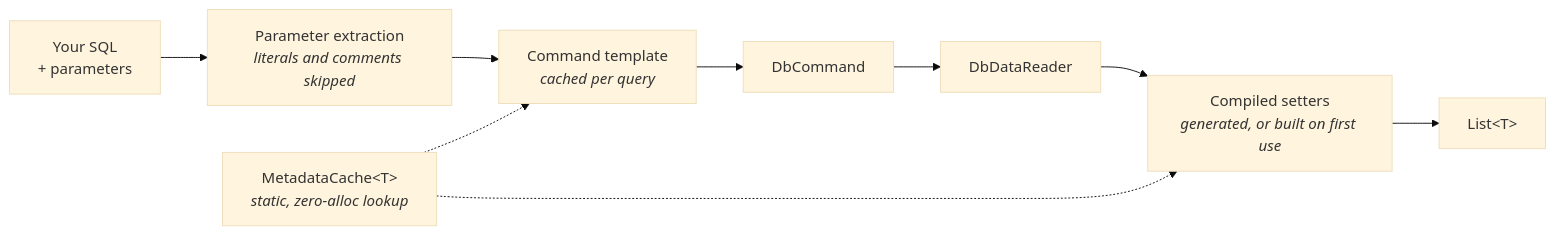
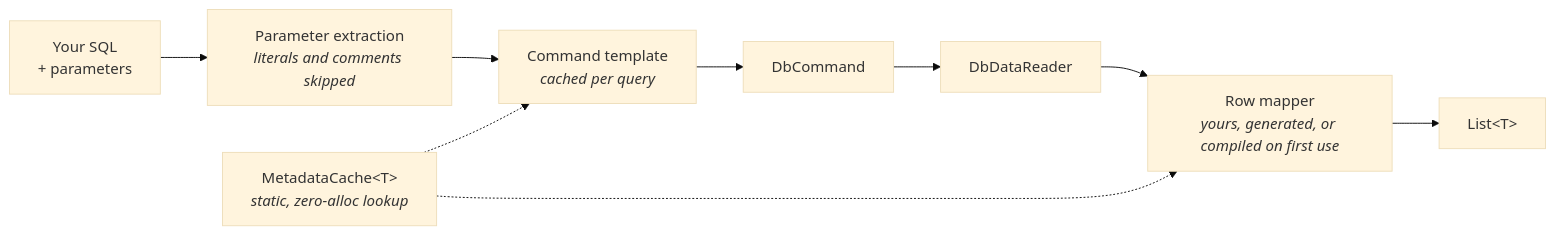
The second of 2 diagrams in README.md (extrode/jaunty), drawn with Mermaid (base theme) before and after one commit. The commit also changed other lines of this file and 26 other files, not shown here.

````diff
--- a/README.md
+++ b/README.md
@@ -927,12 +668,12 @@
 ```mermaid
 flowchart LR
     A["Your SQL<br/>+ parameters"] --> B["Parameter extraction<br/><i>literals and comments skipped</i>"]
     B --> C["Command template<br/><i>cached per query</i>"]
     C --> D["DbCommand"]
     D --> E["DbDataReader"]
-    E --> F["Compiled setters<br/><i>generated, or built on first use</i>"]
+    E --> F["Row mapper<br/><i>yours, generated, or compiled on first use</i>"]
     F --> G["List&lt;T&gt;"]
 
     M["MetadataCache&lt;T&gt;<br/><i>static, zero-alloc lookup</i>"] -.-> C
     M -.-> F
 ```
````
